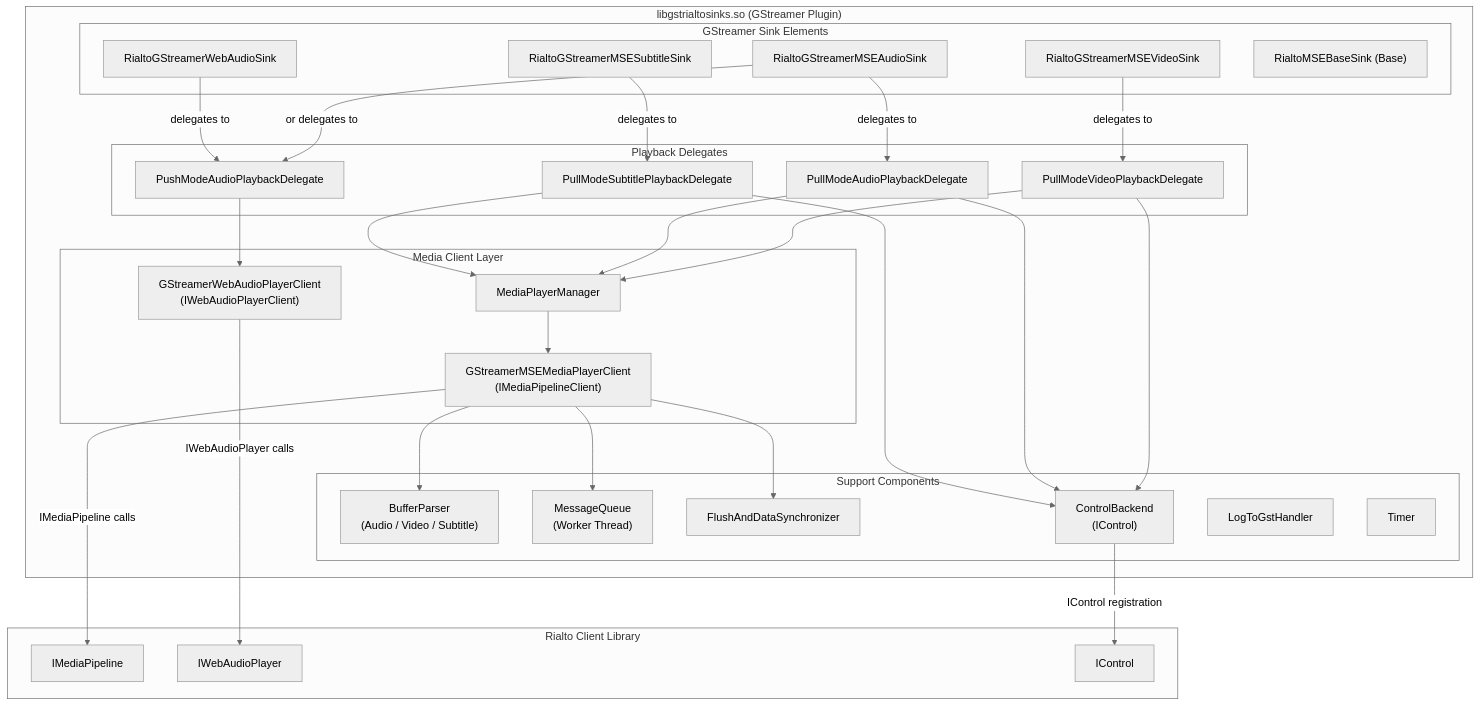
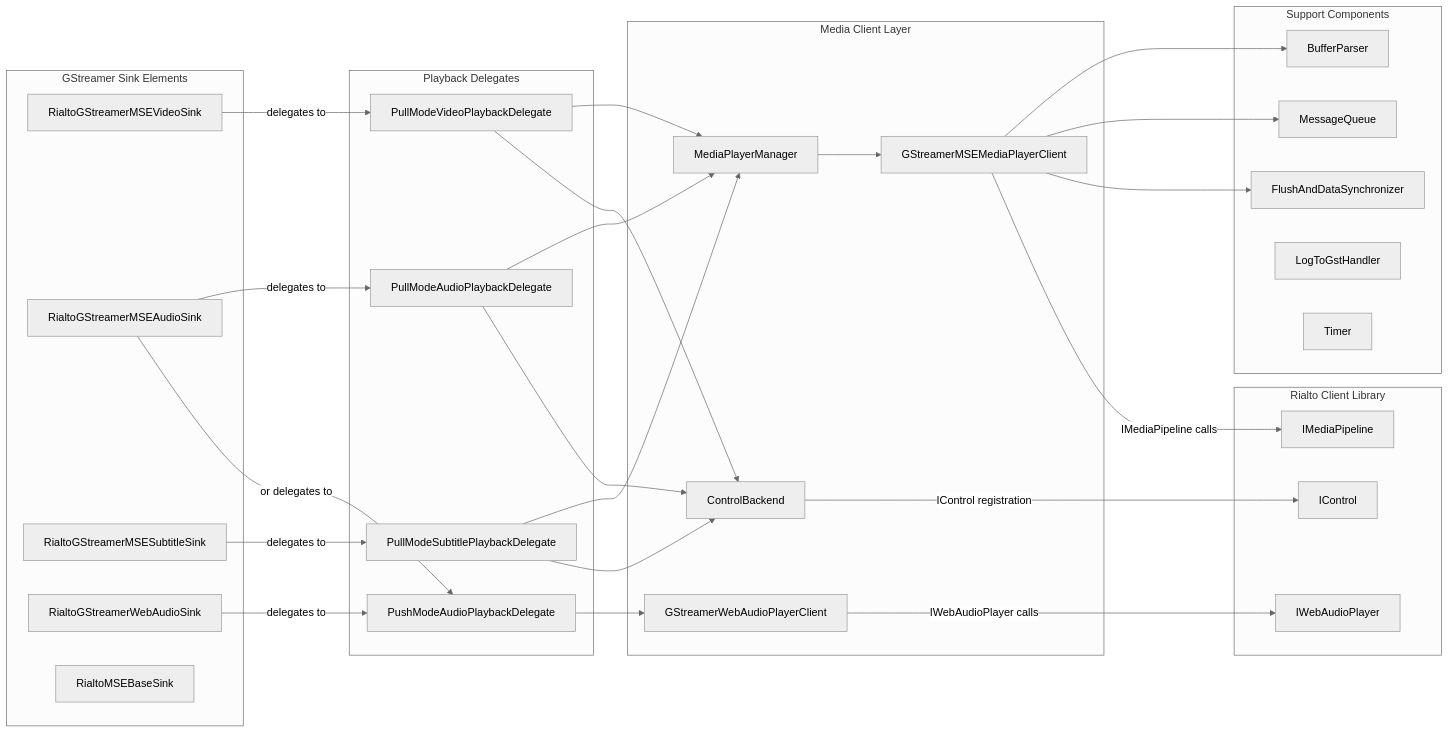
Before and after one commit to rns21/RDK_Documentation: the second of 7 diagrams in docs/docu/RDKV-Documentations/rialto-gstreamer.md, drawn with Mermaid (neutral theme).

Commit message:
addressed peer review comments

````diff
--- a/docs/docu/RDKV-Documentations/rialto-gstreamer.md
+++ b/docs/docu/RDKV-Documentations/rialto-gstreamer.md
@@ -69,66 +69,62 @@
 ```mermaid
-graph TD
+flowchart LR
 
-    subgraph PluginBoundary["libgstrialtosinks.so (GStreamer Plugin)"]
-
-        subgraph SinkElements["GStreamer Sink Elements"]
-            VSink["RialtoGStreamerMSEVideoSink"]
-            ASink["RialtoGStreamerMSEAudioSink"]
-            SSink["RialtoGStreamerMSESubtitleSink"]
-            WASink["RialtoGStreamerWebAudioSink"]
-            BaseSink["RialtoMSEBaseSink (Base)"]
-        end
-
-        subgraph Delegates["Playback Delegates"]
-            PullVideo["PullModeVideoPlaybackDelegate"]
-            PullAudio["PullModeAudioPlaybackDelegate"]
-            PullSubtitle["PullModeSubtitlePlaybackDelegate"]
-            PushAudio["PushModeAudioPlaybackDelegate"]
-        end
-
-        subgraph Clients["Media Client Layer"]
-            MPClient["GStreamerMSEMediaPlayerClient\n(IMediaPipelineClient)"]
-            WAClient["GStreamerWebAudioPlayerClient\n(IWebAudioPlayerClient)"]
-            MPMgr["MediaPlayerManager"]
-        end
-
-        subgraph Support["Support Components"]
-            BufParser["BufferParser\n(Audio / Video / Subtitle)"]
-            MsgQueue["MessageQueue\n(Worker Thread)"]
-            FlushSync["FlushAndDataSynchronizer"]
-            CtrlBackend["ControlBackend\n(IControl)"]
-            LogHandler["LogToGstHandler"]
-            Timer["Timer"]
-        end
+    subgraph Sinks["GStreamer Sink Elements"]
+        VSink["RialtoGStreamerMSEVideoSink"]
+        ASink["RialtoGStreamerMSEAudioSink"]
+        SSink["RialtoGStreamerMSESubtitleSink"]
+        WASink["RialtoGStreamerWebAudioSink"]
+        BaseSink["RialtoMSEBaseSink"]
     end
 
-    subgraph RialtoClient["Rialto Client Library"]
+    subgraph Delegates["Playback Delegates"]
+        PullVideo["PullModeVideoPlaybackDelegate"]
+        PullAudio["PullModeAudioPlaybackDelegate"]
+        PullSubtitle["PullModeSubtitlePlaybackDelegate"]
+        PushAudio["PushModeAudioPlaybackDelegate"]
+    end
+
+    subgraph Clients["Media Client Layer"]
+        MPMgr["MediaPlayerManager"]
+        MPClient["GStreamerMSEMediaPlayerClient"]
+        WAClient["GStreamerWebAudioPlayerClient"]
+        CtrlBackend["ControlBackend"]
+    end
+
+    subgraph Support["Support Components"]
+        BufParser["BufferParser"]
+        MsgQueue["MessageQueue"]
+        FlushSync["FlushAndDataSynchronizer"]
+        LogHandler["LogToGstHandler"]
+        Timer["Timer"]
+    end
+
+    subgraph RialtoLib["Rialto Client Library"]
         IMP["IMediaPipeline"]
         IWA["IWebAudioPlayer"]
         ICtrl["IControl"]
     end
 
     VSink -->|delegates to| PullVideo
     ASink -->|delegates to| PullAudio
     ASink -->|or delegates to| PushAudio
     SSink -->|delegates to| PullSubtitle
     WASink -->|delegates to| PushAudio
 
     PullVideo --> MPMgr
     PullAudio --> MPMgr
     PullSubtitle --> MPMgr
     MPMgr --> MPClient
-
     PushAudio --> WAClient
 
     MPClient --> BufParser
     MPClient --> MsgQueue
     MPClient --> FlushSync
     PullVideo --> CtrlBackend
     PullAudio --> CtrlBackend
     PullSubtitle --> CtrlBackend
 
     MPClient -->|IMediaPipeline calls| IMP
     WAClient -->|IWebAudioPlayer calls| IWA
     CtrlBackend -->|IControl registration| ICtrl
 ```
````
